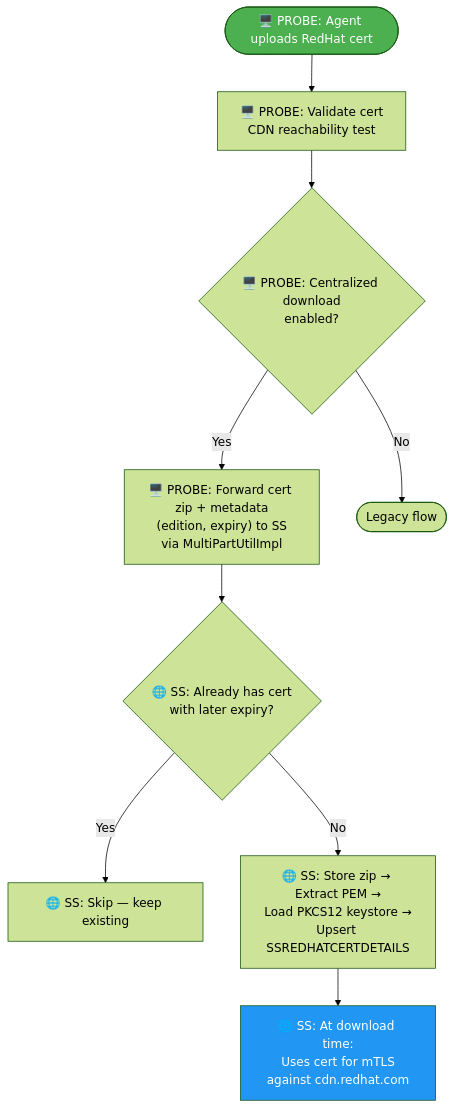
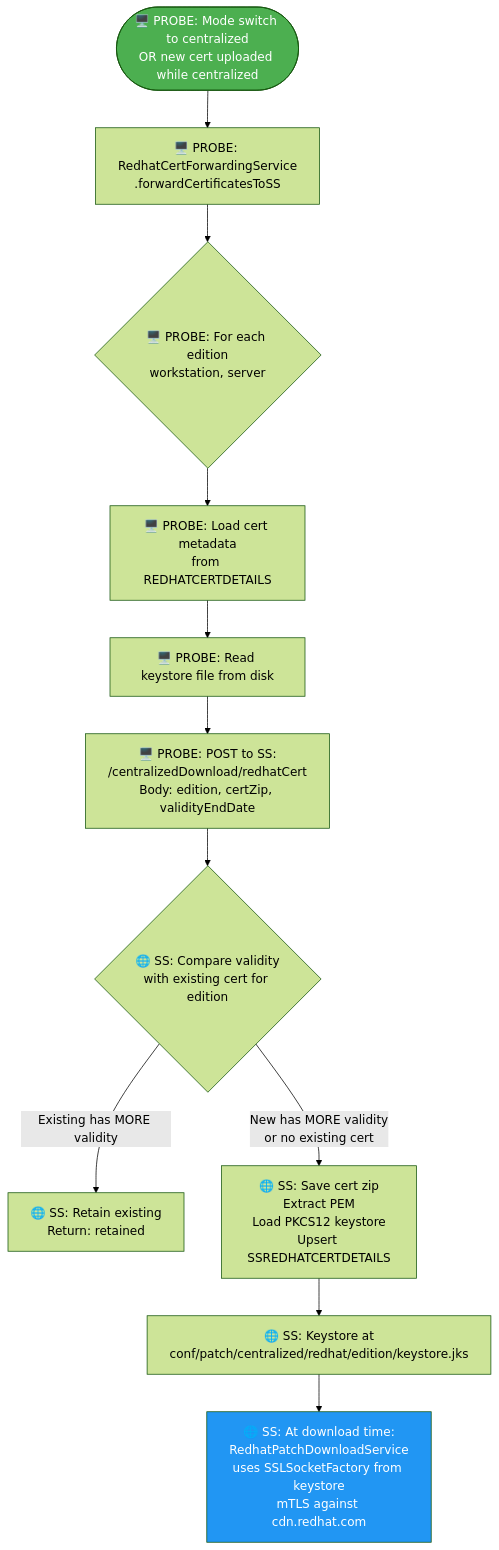
One commit to ranjithkumar-a-23525/RebaseEx changed diagram 11 of 31 in use-case-diagrams.md. Above: the diagram before and after it, drawn with Mermaid (forest theme). The commit also changed other lines of this file, not shown here.

````diff
--- a/use-case-diagrams.md
+++ b/use-case-diagrams.md
@@ -212,14 +238,16 @@
 ```mermaid
 flowchart TD
-    A(["🖥️ PROBE: Agent uploads RedHat cert"]) --> B["🖥️ PROBE: Validate cert<br/>CDN reachability test"]
-    B --> C{"🖥️ PROBE: Centralized download<br/>enabled?"}
-    C -->|Yes| D["🖥️ PROBE: Forward cert zip + metadata<br/>(edition, expiry) to SS<br/>via MultiPartUtilImpl"]
-    C -->|No| Z(["Legacy flow"])
-    D --> E{"🌐 SS: Already has cert<br/>with later expiry?"}
-    E -->|Yes| F["🌐 SS: Skip — keep existing"]
-    E -->|No| G["🌐 SS: Store zip → Extract PEM →<br/>Load PKCS12 keystore →<br/>Upsert SSREDHATCERTDETAILS"]
-    G --> H["🌐 SS: At download time:<br/>Uses cert for mTLS<br/>against cdn.redhat.com"]
+    A(["🖥️ PROBE: Mode switch to centralized<br/>OR new cert uploaded while centralized"]) --> B["🖥️ PROBE: RedhatCertForwardingService<br/>.forwardCertificatesToSS"]
+    B --> C{"🖥️ PROBE: For each edition<br/>workstation, server"}
+    C --> D["🖥️ PROBE: Load cert metadata<br/>from REDHATCERTDETAILS"]
+    D --> E["🖥️ PROBE: Read keystore file from disk"]
+    E --> F["🖥️ PROBE: POST to SS:<br/>/centralizedDownload/redhatCert<br/>Body: edition, certZip, validityEndDate"]
+    F --> G{"🌐 SS: Compare validity<br/>with existing cert for edition"}
+    G -->|"Existing has MORE validity"| H["🌐 SS: Retain existing<br/>Return: retained"]
+    G -->|"New has MORE validity<br/>or no existing cert"| I["🌐 SS: Save cert zip<br/>Extract PEM<br/>Load PKCS12 keystore<br/>Upsert SSREDHATCERTDETAILS"]
+    I --> J["🌐 SS: Keystore at<br/>conf/patch/centralized/redhat/edition/keystore.jks"]
+    J --> K["🌐 SS: At download time:<br/>RedhatPatchDownloadService<br/>uses SSLSocketFactory from keystore<br/>mTLS against cdn.redhat.com"]
 
     style A fill:#4CAF50,color:#fff
-    style H fill:#2196F3,color:#fff
+    style K fill:#2196F3,color:#fff
 ```
````
